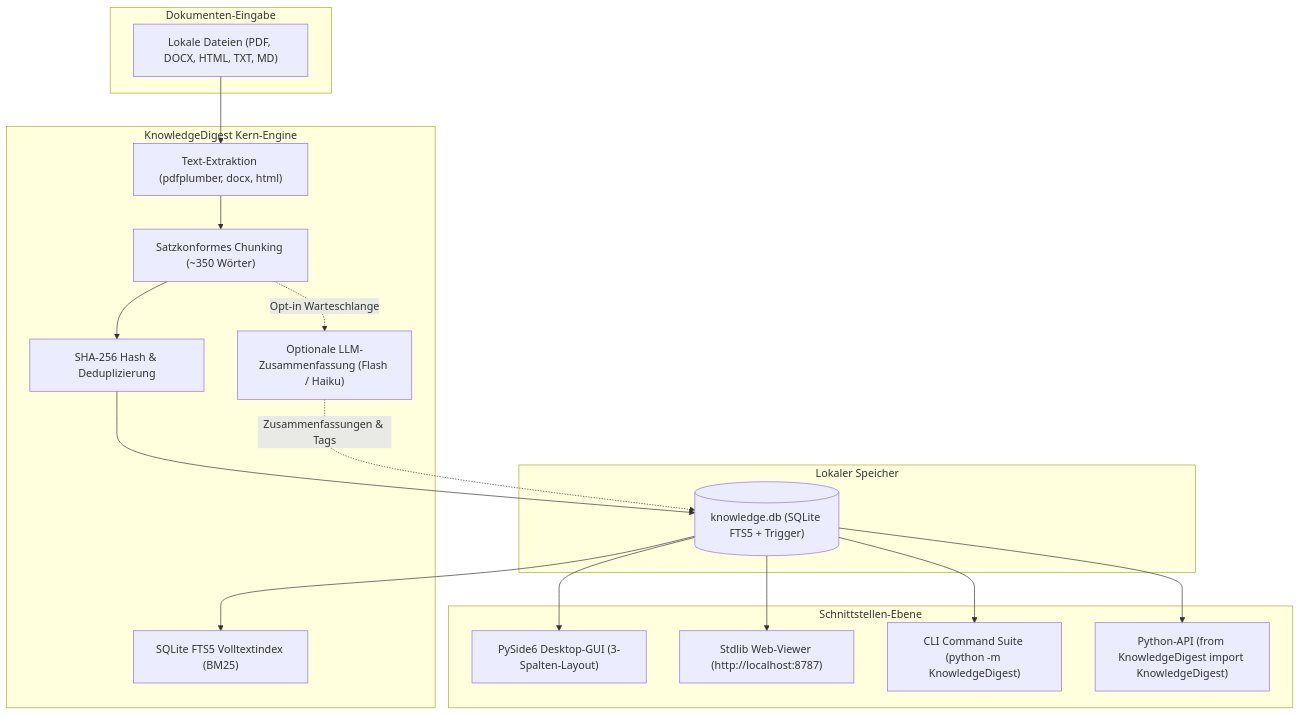
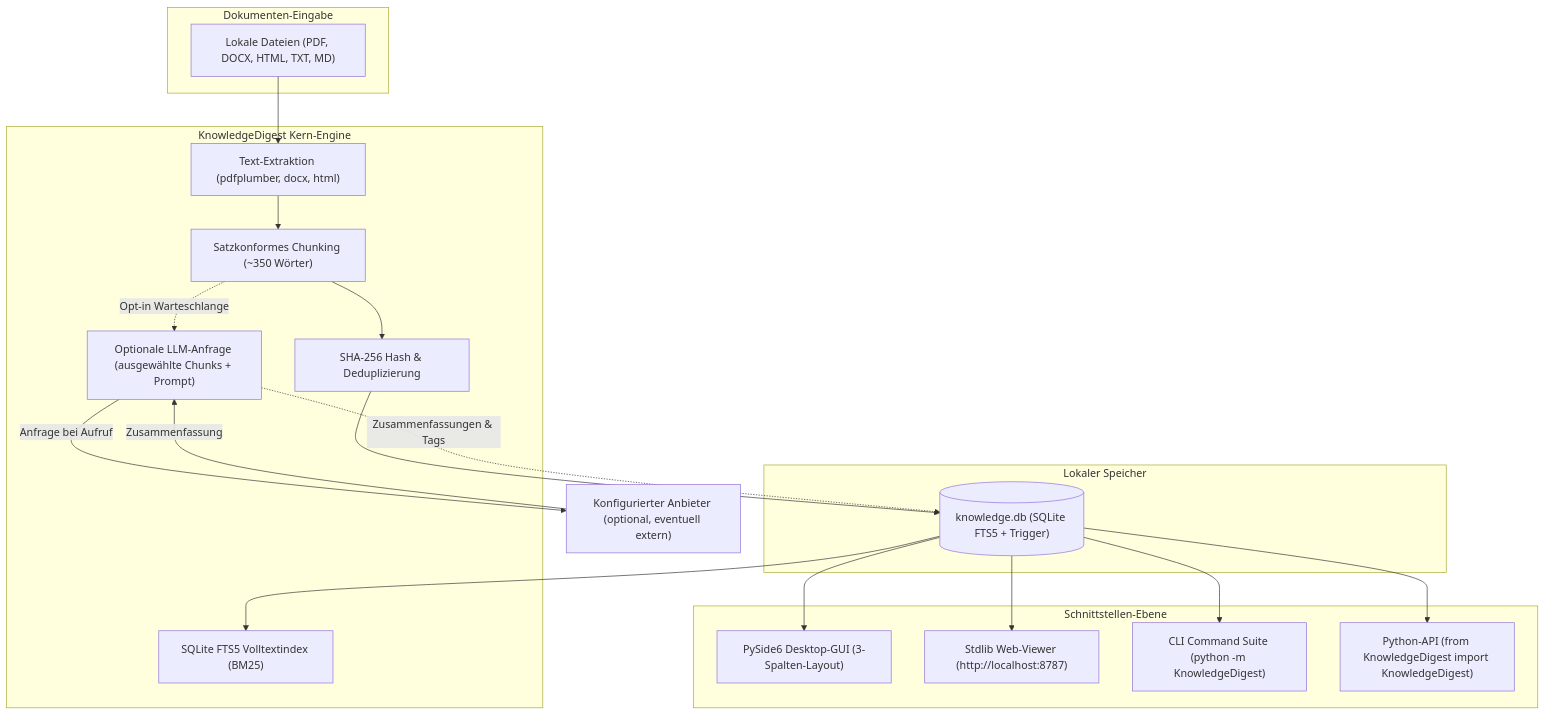
The first of 2 diagrams in README_de.md (file-bricks/KnowledgeDigest), drawn with Mermaid before and after one commit. The commit also changed other lines of this file and 15 other files, not shown here.

````diff
--- a/README_de.md
+++ b/README_de.md
@@ -68,37 +58,40 @@
 ```mermaid
 flowchart TD
     subgraph Input["Dokumenten-Eingabe"]
         DOCS["Lokale Dateien (PDF, DOCX, HTML, TXT, MD)"]
     end
 
     subgraph CoreEngine["KnowledgeDigest Kern-Engine"]
         EXT["Text-Extraktion (pdfplumber, docx, html)"]
         CHUNK["Satzkonformes Chunking (~350 Wörter)"]
         DEDUPE["SHA-256 Hash & Deduplizierung"]
         FTS["SQLite FTS5 Volltextindex (BM25)"]
-        SUMM["Optionale LLM-Zusammenfassung (Flash / Haiku)"]
+        SUMM["Optionale LLM-Anfrage (ausgewählte Chunks + Prompt)"]
     end
 
     subgraph Storage["Lokaler Speicher"]
         DB[("knowledge.db (SQLite FTS5 + Trigger)")]
     end
 
     subgraph Interfaces["Schnittstellen-Ebene"]
         GUI["PySide6 Desktop-GUI (3-Spalten-Layout)"]
         WEB["Stdlib Web-Viewer (http://localhost:8787)"]
         CLI["CLI Command Suite (python -m KnowledgeDigest)"]
         API["Python-API (from KnowledgeDigest import KnowledgeDigest)"]
     end
 
     DOCS --> EXT
     EXT --> CHUNK
     CHUNK --> DEDUPE
     DEDUPE --> DB
     DB --> FTS
     CHUNK -.->|"Opt-in Warteschlange"| SUMM
     SUMM -.->|"Zusammenfassungen & Tags"| DB
     DB --> GUI
     DB --> WEB
     DB --> CLI
     DB --> API
+    PROVIDER["Konfigurierter Anbieter (optional, eventuell extern)"]
+    SUMM -->|"Anfrage bei Aufruf"| PROVIDER
+    PROVIDER -->|"Zusammenfassung"| SUMM
 ```
````
